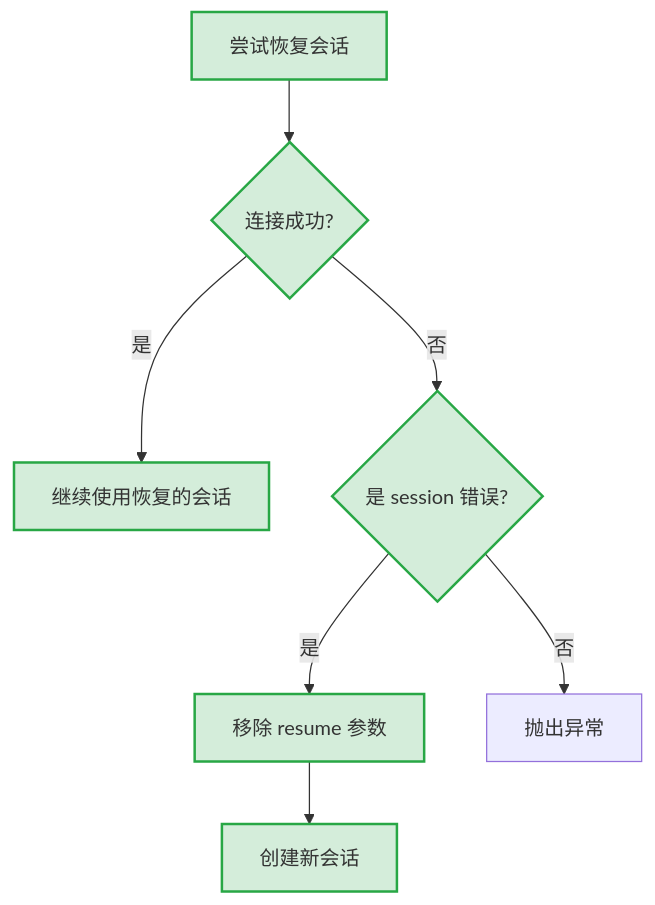
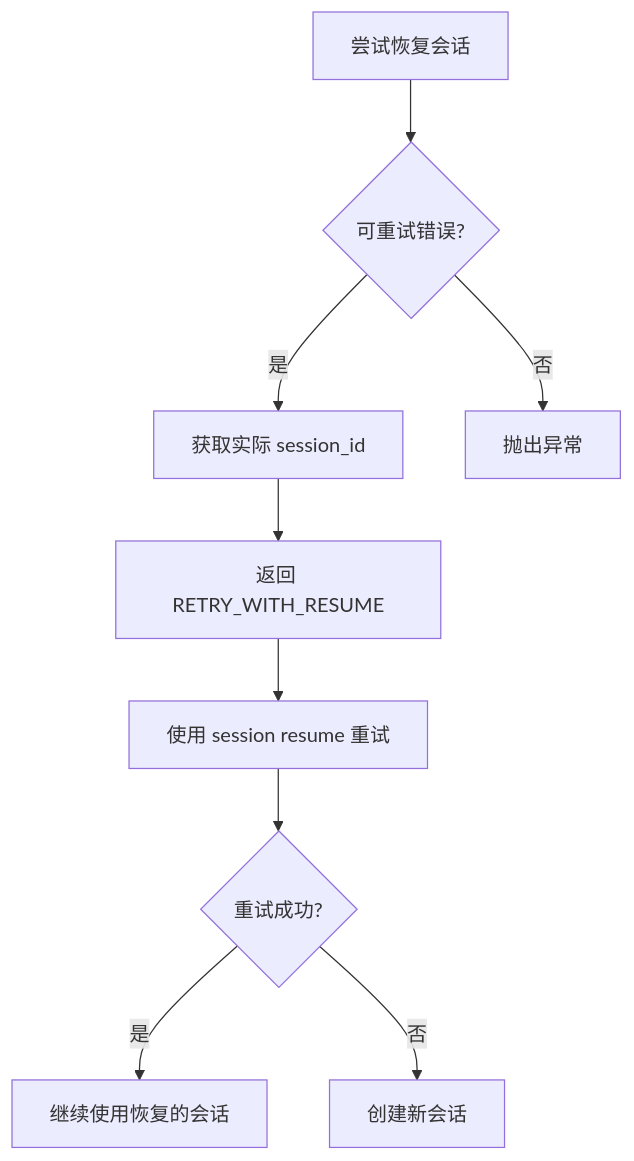
The tenth of 10 diagrams in docs/zh/features/task-restore.md (wecode-ai/Wegent), drawn with Mermaid before and after one commit. The commit also changed other lines of this file, not shown here.

````diff
--- a/docs/zh/features/task-restore.md
+++ b/docs/zh/features/task-restore.md
@@ -208,11 +293,11 @@
 ```mermaid
 flowchart TB
-    A[尝试恢复会话]:::new --> B{连接成功?}:::new
-    B -->|是| C[继续使用恢复的会话]:::new
-    B -->|否| D{是 session 错误?}:::new
-    D -->|是| E[移除 resume 参数]:::new
-    E --> F[创建新会话]:::new
-    D -->|否| G[抛出异常]
-
-    classDef new fill:#d4edda,stroke:#28a745,stroke-width:2px
+    A[尝试恢复会话] --> B{可重试错误?}
+    B -->|是| C[获取实际 session_id]
+    C --> D[返回 RETRY_WITH_RESUME]
+    D --> E[使用 session resume 重试]
+    E --> F{重试成功?}
+    F -->|是| G[继续使用恢复的会话]
+    F -->|否| H[创建新会话]
+    B -->|否| I[抛出异常]
 ```
````
